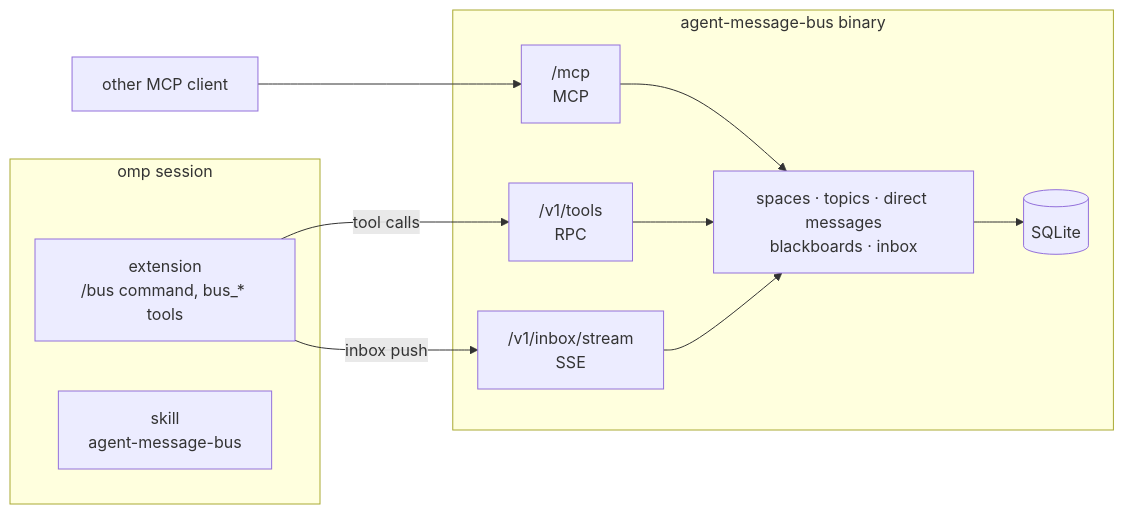
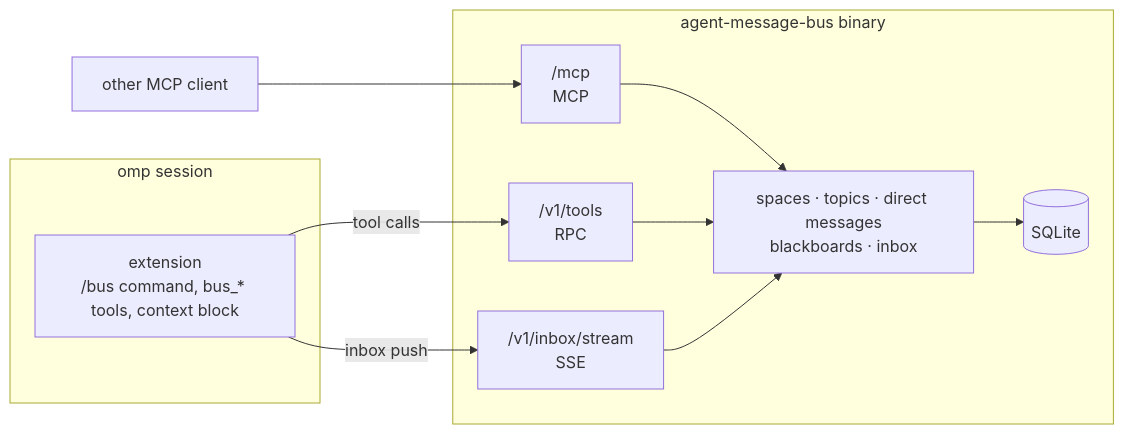
The diagram in README.md (till-muellers/agent-message-bus), drawn with Mermaid before and after one commit. The commit also changed other lines of this file and 8 other files, not shown here.

First line of the commit message:
chore(plugin): retire the agent-message-bus skill; tool count 34 (E8c) (#61)

````diff
--- a/README.md
+++ b/README.md
@@ -13,22 +13,21 @@
 ```mermaid
 flowchart LR
   subgraph omp["omp session"]
-    ext["extension<br/>/bus command, bus_* tools"]
-    skill["skill<br/>agent-message-bus"]
+    ext["extension<br/>/bus command, bus_* tools, context block"]
   end
   other["other MCP client"]
   subgraph server["agent-message-bus binary"]
     mcp["/mcp<br/>MCP"]
     rpc["/v1/tools<br/>RPC"]
     sse["/v1/inbox/stream<br/>SSE"]
     feat["spaces · topics · direct messages<br/>blackboards · inbox"]
     db[("SQLite")]
   end
   ext -- "tool calls" --> rpc
   ext -- "inbox push" --> sse
   other --> mcp
   mcp --> feat
   rpc --> feat
   sse --> feat
   feat --> db
 ```
````
